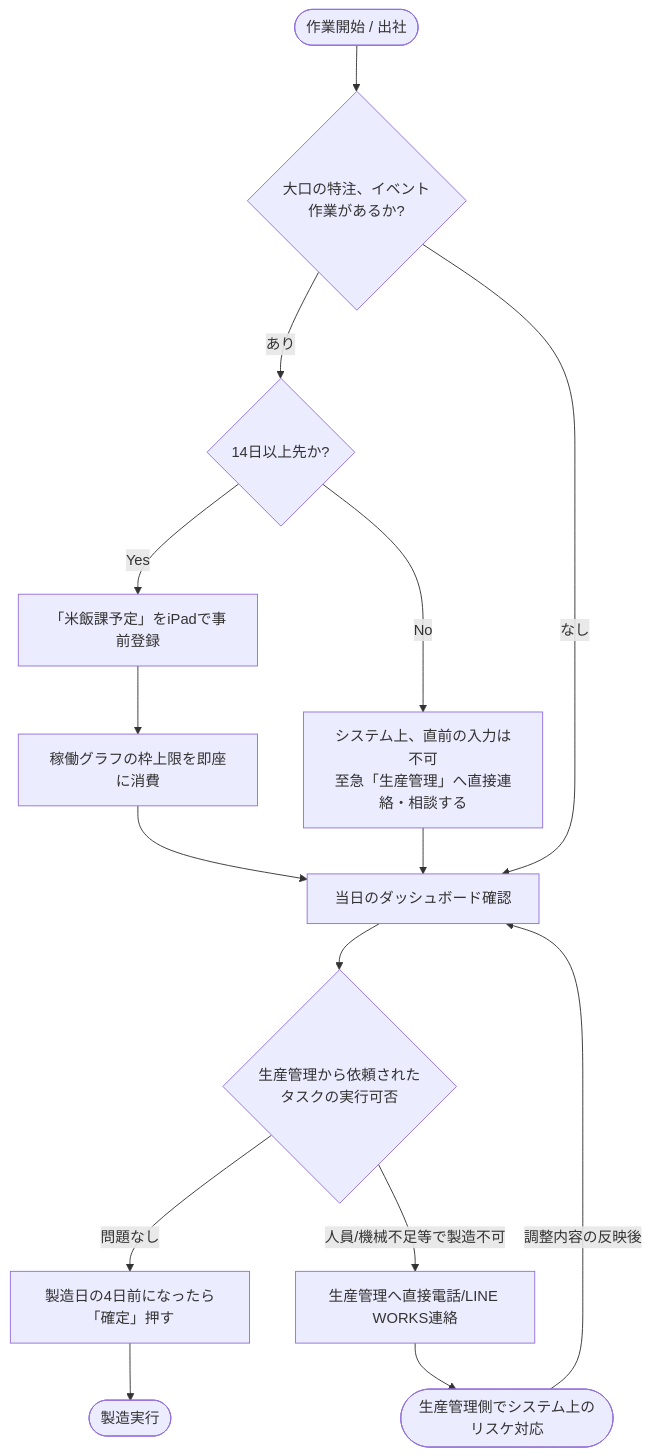
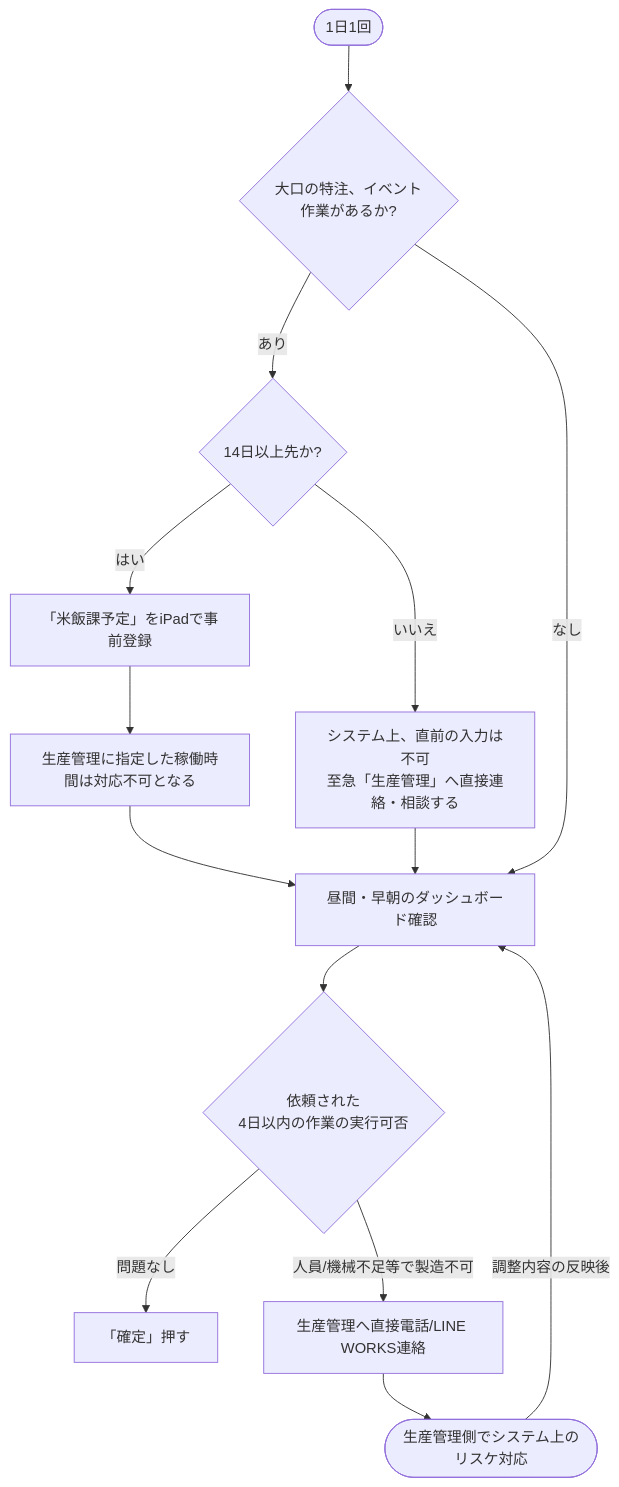
The fourth of 4 diagrams in appsheet_architecture/01_system_architecture.md (mihiro10/beihanka_irai_docs), drawn with Mermaid before and after one commit.

Commit message:
docs: simplify rice dept flowchart with clearer Japanese labels

````diff
--- a/appsheet_architecture/01_system_architecture.md
+++ b/appsheet_architecture/01_system_architecture.md
@@ -89,21 +89,16 @@
 ```mermaid
-flowchart TD
-    A([作業開始 / 出社]) --> B{大口の特注、イベント<br>作業があるか?}
-    
-    B -->|あり| C{14日以上先か?}
-    C -->|Yes| D[「米飯課予定」をiPadで事前登録]
-    C -->|No| E[システム上、直前の入力は不可<br>至急「生産管理」へ直接連絡・相談する]
-    
-    D --> F[稼働グラフの枠上限を即座に消費]
-    F --> G[当日のダッシュボード確認]
-    B -->|なし| G
+flowchart TB
+    A(["1日1回"]) --> B{"大口の特注、イベント<br>作業があるか?"}
+    B -- あり --> C{"14日以上先か?"}
+    C -- はい --> D["「米飯課予定」をiPadで事前登録"]
+    C -- いいえ --> E["システム上、直前の入力は不可<br>至急「生産管理」へ直接連絡・相談する"]
+    D --> F["生産管理に指定した稼働時間は対応不可となる"]
+    F --> G["昼間・早朝のダッシュボード確認"]
+    B -- なし --> G
     E --> G
-    
-    G --> H{生産管理から依頼された<br>タスクの実行可否}
-    H -->|問題なし| I[製造日の4日前になったら「確定」押す]
-    I --> J([製造実行])
-    
-    H -->|人員/機械不足等で製造不可| K[生産管理へ直接電話/LINE WORKS連絡]
-    K --> L([生産管理側でシステム上のリスケ対応])
-    L -->|調整内容の反映後| G
+    G --> H{"依頼された<br>4日以内の作業の実行可否"}
+    H -- 問題なし --> I["「確定」押す"]
+    H -- 人員/機械不足等で製造不可 --> K["生産管理へ直接電話/LINE WORKS連絡"]
+    K --> L(["生産管理側でシステム上のリスケ対応"])
+    L -- 調整内容の反映後 --> G
 ```
````
